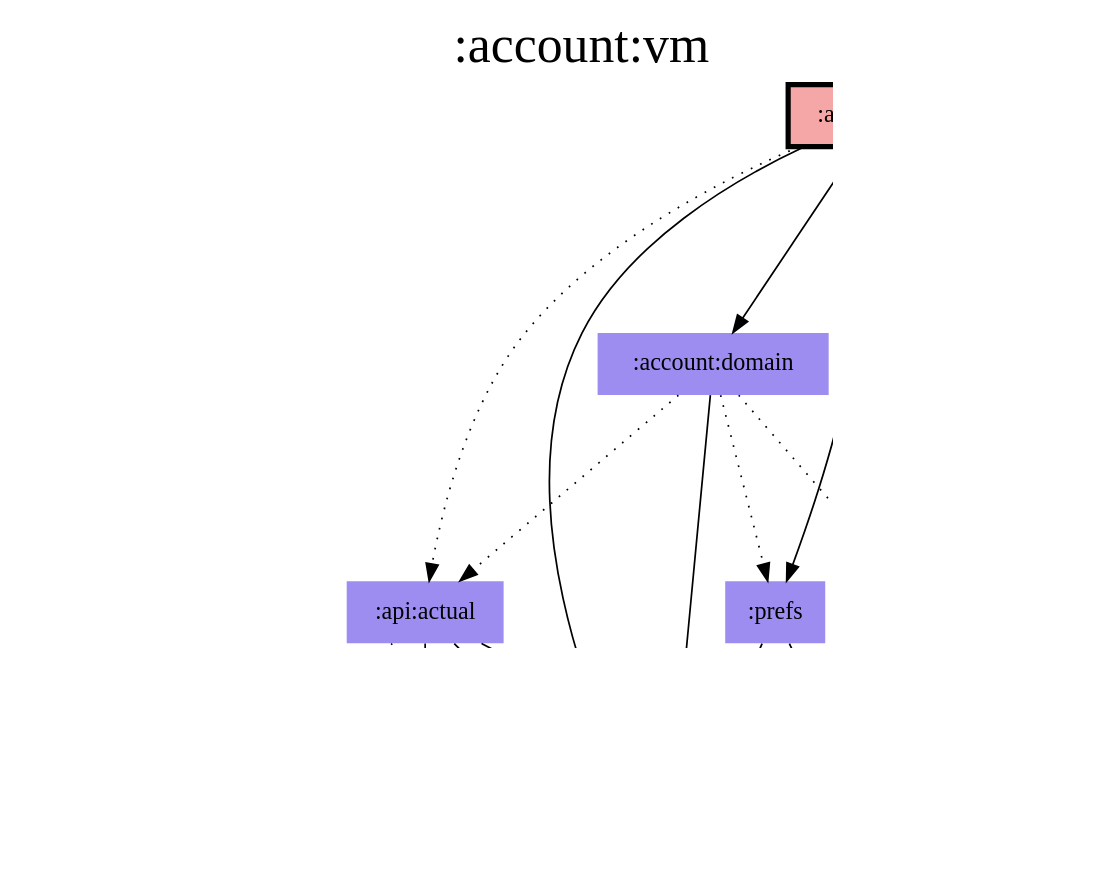
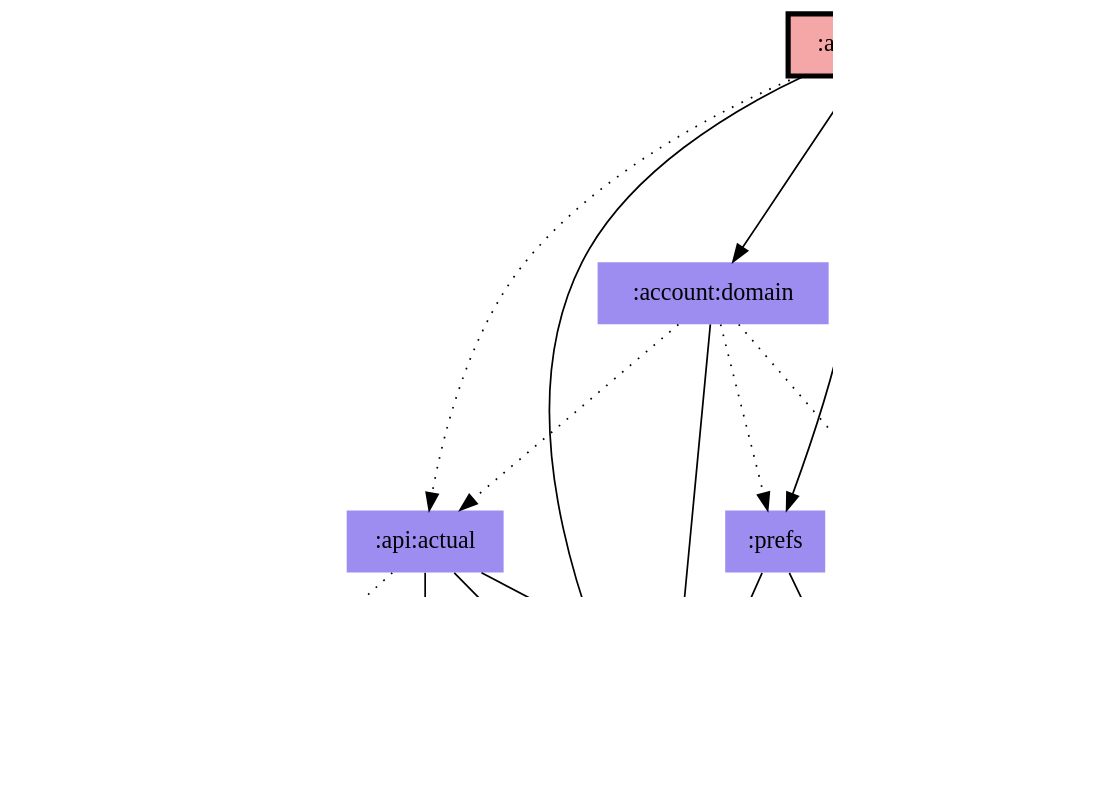
One commit to jonapoul/aktual changed the diagram in modules/account/vm/modules.dot. Above: the diagram before and after it, drawn with Graphviz. The commit also changed 87 other files, not shown here.

Commit message:
Remove graphviz

```diff
--- a/modules/account/vm/modules.dot
+++ b/modules/account/vm/modules.dot
@@ -1,37 +1,32 @@
 digraph {
 edge ["dir"="forward"]
-graph ["dpi"="100","label"=":account:vm","labelloc"="t","fontsize"="30","ranksep"="1.5","rankdir"="TB"]
+graph ["dpi"="100","fontsize"="30","ranksep"="1.5","rankdir"="TB"]
 node ["style"="filled"]
 ":account:domain" ["fillcolor"="#9D8DF1","shape"="none"]
 ":account:model" ["fillcolor"="#9D8DF1","shape"="none"]
 ":account:vm" ["fillcolor"="#F5A6A6","color"="black","penwidth"="3","shape"="box"]
 ":api:actual" ["fillcolor"="#9D8DF1","shape"="none"]
 ":budget:model" ["fillcolor"="#9D8DF1","shape"="none"]
 ":codegen:annotation" ["fillcolor"="#9D8DF1","shape"="none"]
 ":core:di" ["fillcolor"="#FCB103","shape"="none"]
 ":core:model" ["fillcolor"="#9D8DF1","shape"="none"]
 ":logging" ["fillcolor"="#9D8DF1","shape"="none"]
 ":prefs" ["fillcolor"="#9D8DF1","shape"="none"]
-{
-edge ["dir"="none"]
-graph ["rank"="same"]
-":account:vm"
-}
 ":account:domain" -> ":account:model"
 ":account:domain" -> ":api:actual" ["style"="dotted"]
 ":account:domain" -> ":logging" ["style"="dotted"]
 ":account:domain" -> ":prefs" ["style"="dotted"]
 ":account:vm" -> ":account:domain"
 ":account:vm" -> ":account:model"
 ":account:vm" -> ":api:actual" ["style"="dotted"]
 ":account:vm" -> ":core:di"
 ":account:vm" -> ":core:model"
 ":account:vm" -> ":logging" ["style"="dotted"]
 ":account:vm" -> ":prefs"
 ":api:actual" -> ":account:model"
 ":api:actual" -> ":budget:model"
 ":api:actual" -> ":codegen:annotation" ["style"="dotted"]
 ":api:actual" -> ":core:model"
 ":prefs" -> ":account:model"
 ":prefs" -> ":core:model"
 }
```
